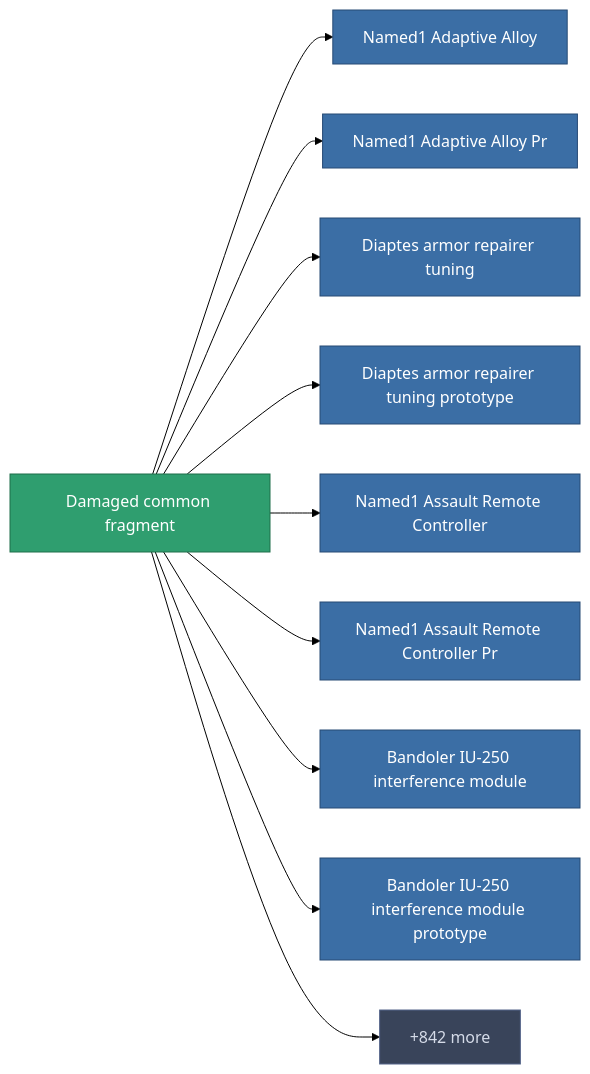
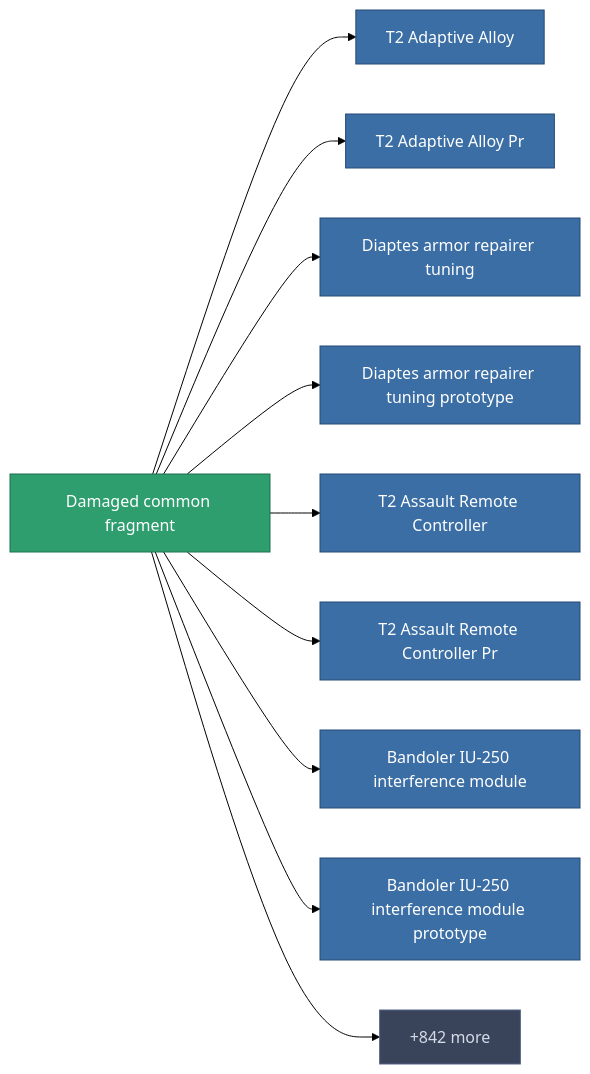
Before and after one commit to OpenPerpetuum/Wiki: the diagram in content/content/items/robotshard_common_basic.md, drawn with Mermaid (forest theme). The commit also changed other lines of this file and 4904 other files, not shown here.

````diff
--- a/content/content/items/robotshard_common_basic.md
+++ b/content/content/items/robotshard_common_basic.md
@@ -49,34 +37,34 @@
 ```mermaid
 graph LR
     a["Damaged common fragment"]:::current
-    b["Named1 Adaptive Alloy"]:::prod
+    b["T2 Adaptive Alloy"]:::prod
     a --> b
-    click b "/content/items/named1-adaptive-alloy/" "Named1 Adaptive Alloy"
-    c["Named1 Adaptive Alloy Pr"]:::prod
+    click b "/content/items/named1-adaptive-alloy/" "T2 Adaptive Alloy"
+    c["T2 Adaptive Alloy Pr"]:::prod
     a --> c
-    click c "/content/items/named1-adaptive-alloy-pr/" "Named1 Adaptive Alloy Pr"
+    click c "/content/items/named1-adaptive-alloy-pr/" "T2 Adaptive Alloy Pr"
     d["Diaptes armor repairer tuning"]:::prod
     a --> d
     click d "/content/items/named1-armor-repairer-upgrade/" "Diaptes armor repairer tuning"
     e["Diaptes armor repairer tuning prototype"]:::prod
     a --> e
     click e "/content/items/named1-armor-repairer-upgrade-pr/" "Diaptes armor repairer tuning prototype"
-    f["Named1 Assault Remote Controller"]:::prod
+    f["T2 Assault Remote Controller"]:::prod
     a --> f
-    click f "/content/items/named1-assault-remote-controller/" "Named1 Assault Remote Controller"
-    g["Named1 Assault Remote Controller Pr"]:::prod
+    click f "/content/items/named1-assault-remote-controller/" "T2 Assault Remote Controller"
+    g["T2 Assault Remote Controller Pr"]:::prod
     a --> g
-    click g "/content/items/named1-assault-remote-controller-pr/" "Named1 Assault Remote Controller Pr"
+    click g "/content/items/named1-assault-remote-controller-pr/" "T2 Assault Remote Controller Pr"
     h["Bandoler IU-250 interference module"]:::prod
     a --> h
     click h "/content/items/named1-blob-emission-modulator/" "Bandoler IU-250 interference module"
     i["Bandoler IU-250 interference module prototype"]:::prod
     a --> i
     click i "/content/items/named1-blob-emission-modulator-pr/" "Bandoler IU-250 interference module prototype"
     j["+842 more"]:::more
     a --> j
     click j "/content/recipes/" "All recipes"
     classDef current fill:#2f9e6f,stroke:#1f6f4a,color:#ffffff
     classDef prod fill:#3b6ea5,stroke:#274a75,color:#ffffff
     classDef more fill:#39445a,stroke:#54658a,color:#d5dbe8
 ```
````
